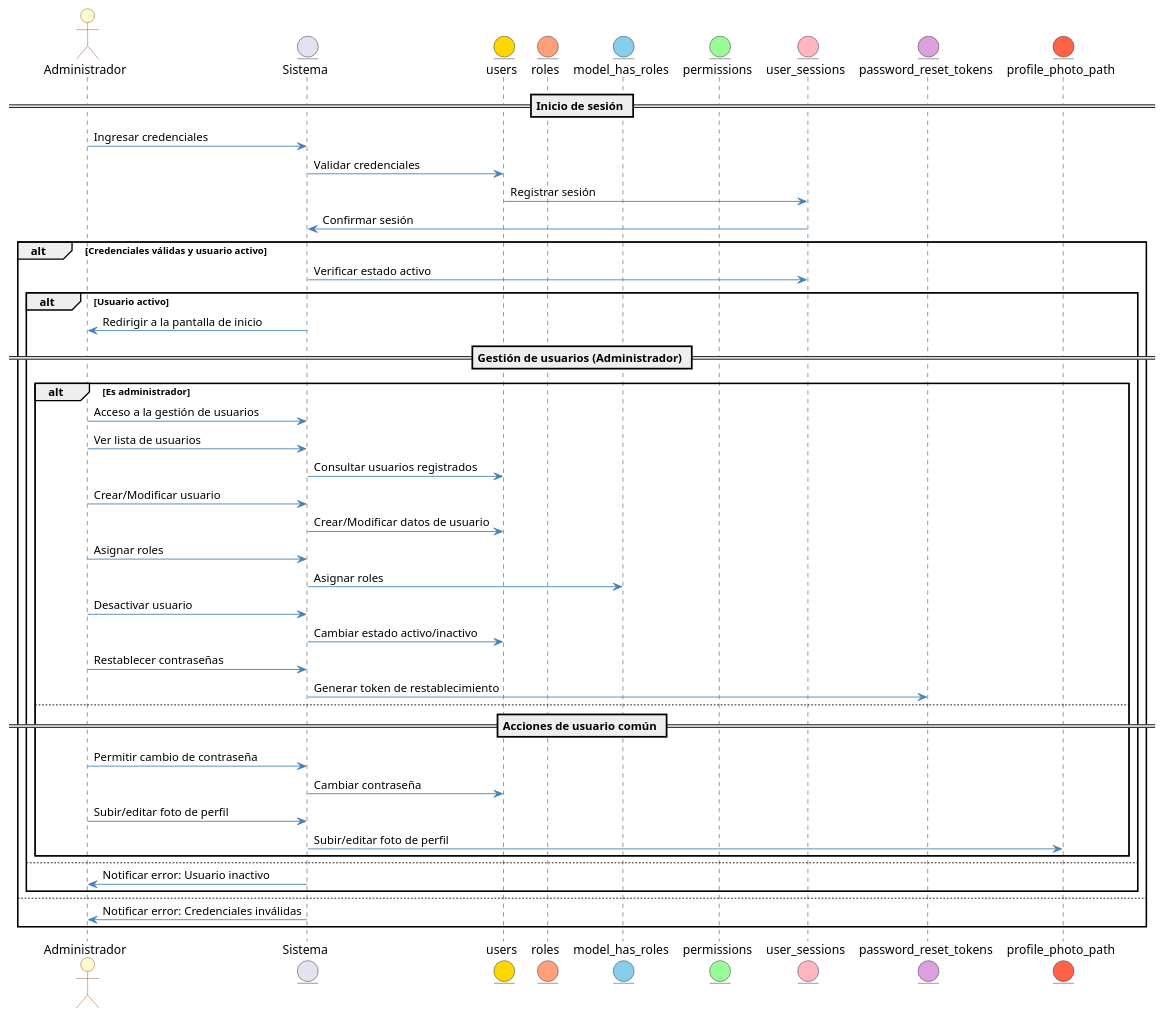
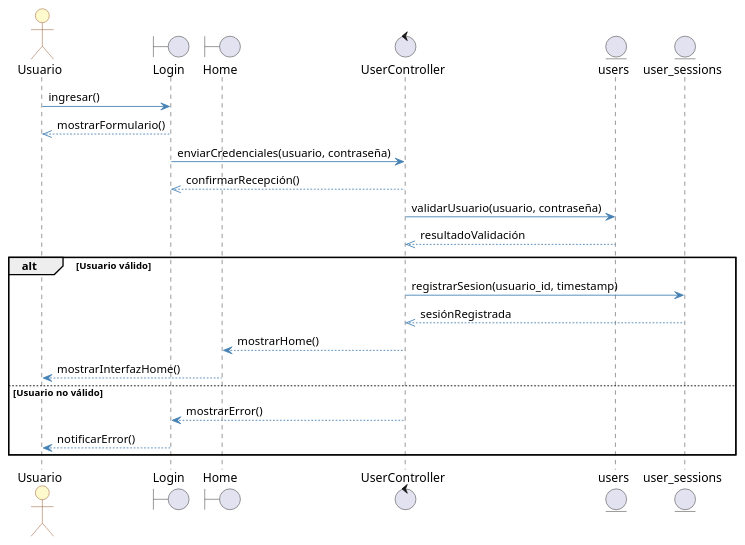
The diagram in diagramas/SECUENCIA/login.puml (LeoanrdoHD/crimanager2), drawn with PlantUML before and after one commit. The commit also changed 217 other files, not shown here.

```diff
--- a/diagramas/SECUENCIA/login.puml
+++ b/diagramas/SECUENCIA/login.puml
@@ -1,62 +1,36 @@
 @startuml
-' Definición de colores
+' Configuración de estilo visual
 skinparam sequenceArrowColor #4682B4
 skinparam actorBorderColor #8B4513
 skinparam actorBackgroundColor #FFFACD
 skinparam participantBorderColor #4682B4
 skinparam participantBackgroundColor #E6E6FA
 
-actor "Administrador" as Admin
-entity "Sistema" as System
-entity "users" as Users #FFD700
-entity "roles" as Roles #FFA07A
-entity "model_has_roles" as ModelHasRoles #87CEEB
-entity "permissions" as Permissions #98FB98
-entity "user_sessions" as UserSessions #FFB6C1
-entity "password_reset_tokens" as PasswordResetTokens #DDA0DD
-entity "profile_photo_path" as ProfilePhotoPath #FF6347
+actor "Usuario" as User
+boundary "Login" as LoginView
+boundary "Home" as HomeView
+control "UserController" as Controller
+entity "users" as DB
+entity "user_sessions" as SessionDB
 
-== Inicio de sesión ==
-Admin -> System : Ingresar credenciales
-System -> Users : Validar credenciales
-Users -> UserSessions : Registrar sesión
-UserSessions -> System : Confirmar sesión
+User -> LoginView : ingresar()
+LoginView -->> User : mostrarFormulario()
 
-alt Credenciales válidas y usuario activo
-    System -> UserSessions : Verificar estado activo
-    alt Usuario activo
-        System -> Admin : Redirigir a la pantalla de inicio
+LoginView -> Controller : enviarCredenciales(usuario, contraseña)
+Controller -->> LoginView : confirmarRecepción()
 
-        == Gestión de usuarios (Administrador) ==
-        alt Es administrador
-            Admin -> System : Acceso a la gestión de usuarios
-            Admin -> System : Ver lista de usuarios
-            System -> Users : Consultar usuarios registrados
+Controller -> DB : validarUsuario(usuario, contraseña)
+DB -->> Controller : resultadoValidación
 
-            Admin -> System : Crear/Modificar usuario
-            System -> Users : Crear/Modificar datos de usuario
+alt Usuario válido
+    Controller -> SessionDB : registrarSesion(usuario_id, timestamp)
+    SessionDB -->> Controller : sesiónRegistrada
 
-            Admin -> System : Asignar roles
-            System -> ModelHasRoles : Asignar roles
-
-            Admin -> System : Desactivar usuario
-            System -> Users : Cambiar estado activo/inactivo
-
-            Admin -> System : Restablecer contraseñas
-            System -> PasswordResetTokens : Generar token de restablecimiento
-        else
-            == Acciones de usuario común ==
-            Admin -> System : Permitir cambio de contraseña
-            System -> Users : Cambiar contraseña
-
-            Admin -> System : Subir/editar foto de perfil
-            System -> ProfilePhotoPath : Subir/editar foto de perfil
-        end
-    else
-        System -> Admin : Notificar error: Usuario inactivo
-    end
-else
-    System -> Admin : Notificar error: Credenciales inválidas
+    Controller --> HomeView : mostrarHome()
+    HomeView --> User : mostrarInterfazHome()
+else Usuario no válido
+    Controller --> LoginView : mostrarError()
+    LoginView --> User : notificarError()
 end
 
 @enduml
```
